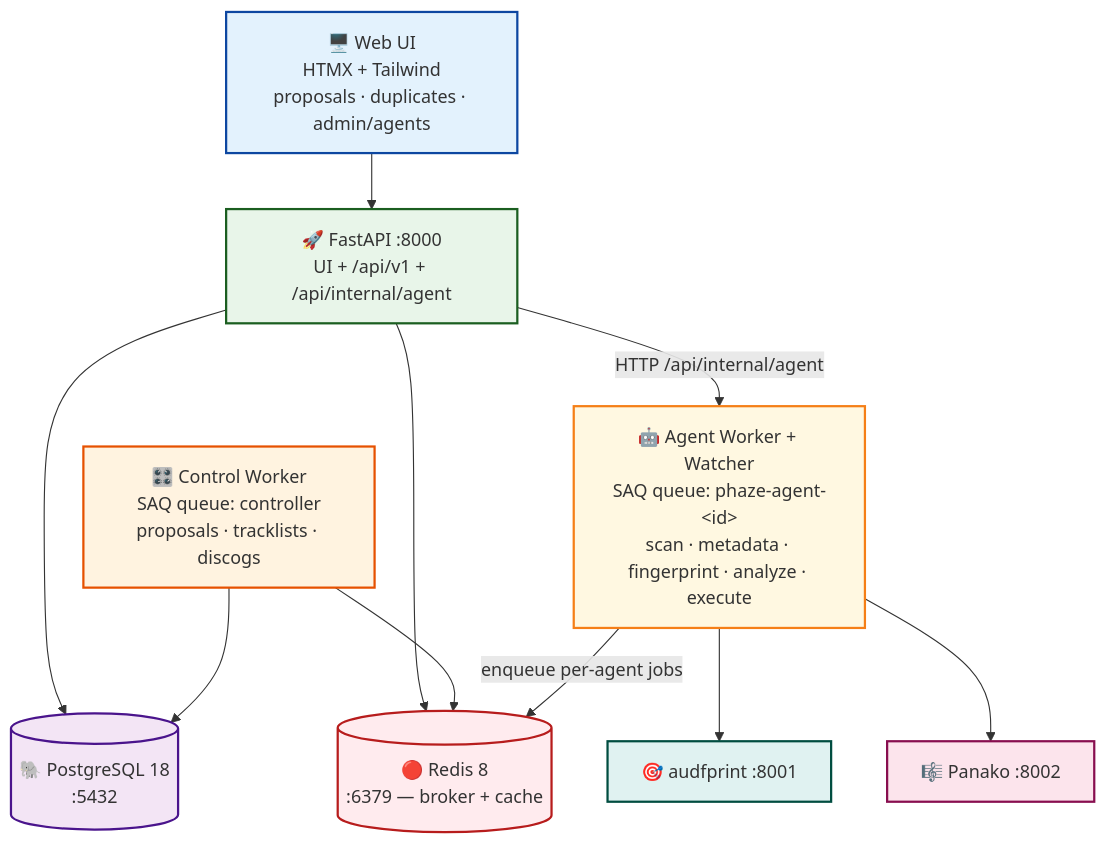
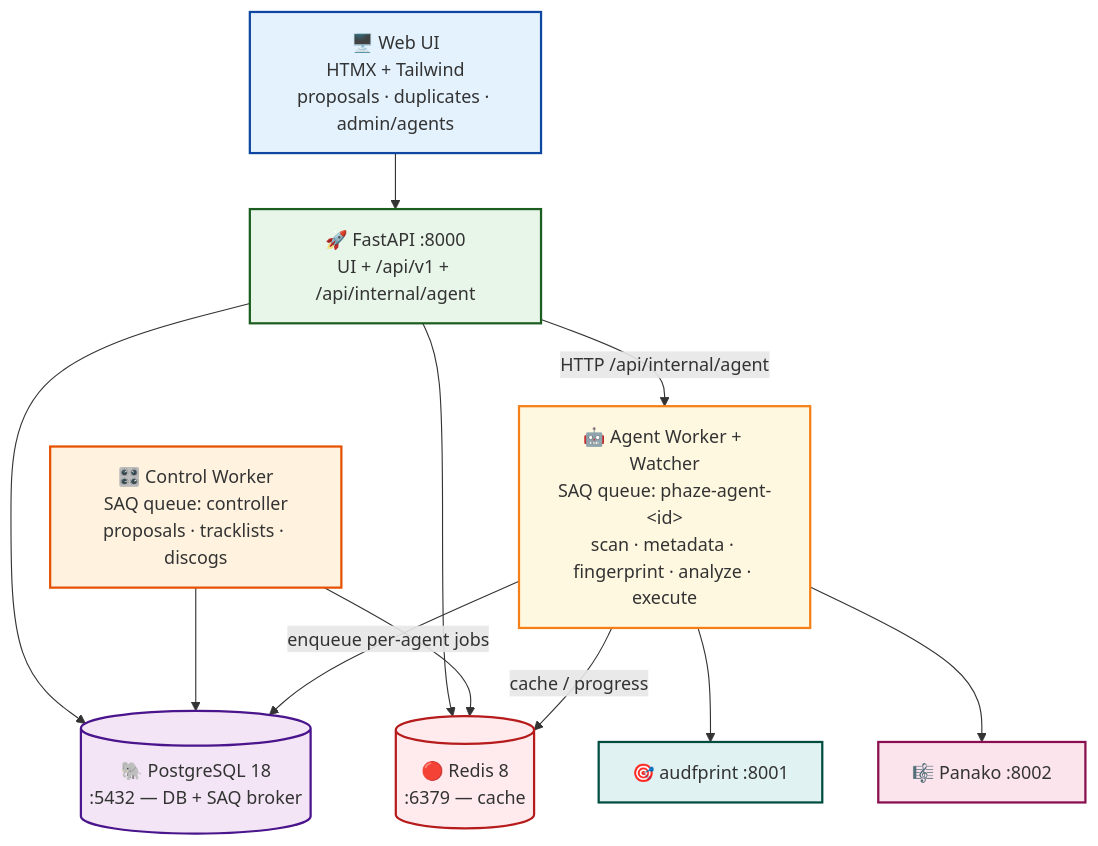
Before and after one commit to SimplicityGuy/phaze: the first of 5 diagrams in docs/architecture.md, drawn with Mermaid. The commit also changed other lines of this file and 16 other files, not shown here.

````diff
--- a/docs/architecture.md
+++ b/docs/architecture.md
@@ -47,30 +50,31 @@
 ```mermaid
 graph TD
     UI["🖥️ Web UI<br/>HTMX + Tailwind<br/>proposals · duplicates · admin/agents"]
     API["🚀 FastAPI :8000<br/>UI + /api/v1 + /api/internal/agent"]
     CTRL["🎛️ Control Worker<br/>SAQ queue: controller<br/>proposals · tracklists · discogs"]
-    PG[("🐘 PostgreSQL 18<br/>:5432")]
-    REDIS[("🔴 Redis 8<br/>:6379 — broker + cache")]
+    PG[("🐘 PostgreSQL 18<br/>:5432 — DB + SAQ broker")]
+    REDIS[("🔴 Redis 8<br/>:6379 — cache")]
     AGENT["🤖 Agent Worker + Watcher<br/>SAQ queue: phaze-agent-&lt;id&gt;<br/>scan · metadata · fingerprint · analyze · execute"]
     AUD["🎯 audfprint :8001"]
     PAN["🎼 Panako :8002"]
 
     UI --> API
     API --> PG
     API --> REDIS
     API -->|HTTP /api/internal/agent| AGENT
     CTRL --> REDIS
     CTRL --> PG
-    AGENT -->|enqueue per-agent jobs| REDIS
+    AGENT -->|enqueue per-agent jobs| PG
+    AGENT -->|cache / progress| REDIS
     AGENT --> AUD
     AGENT --> PAN
 
     style UI fill:#e3f2fd,stroke:#0d47a1,stroke-width:2px
     style API fill:#e8f5e9,stroke:#1b5e20,stroke-width:2px
     style CTRL fill:#fff3e0,stroke:#e65100,stroke-width:2px
     style AGENT fill:#fff8e1,stroke:#f57f17,stroke-width:2px
     style PG fill:#f3e5f5,stroke:#4a148c,stroke-width:2px
     style REDIS fill:#ffebee,stroke:#b71c1c,stroke-width:2px
     style AUD fill:#e0f2f1,stroke:#004d40,stroke-width:2px
     style PAN fill:#fce4ec,stroke:#880e4f,stroke-width:2px
 ```
````
